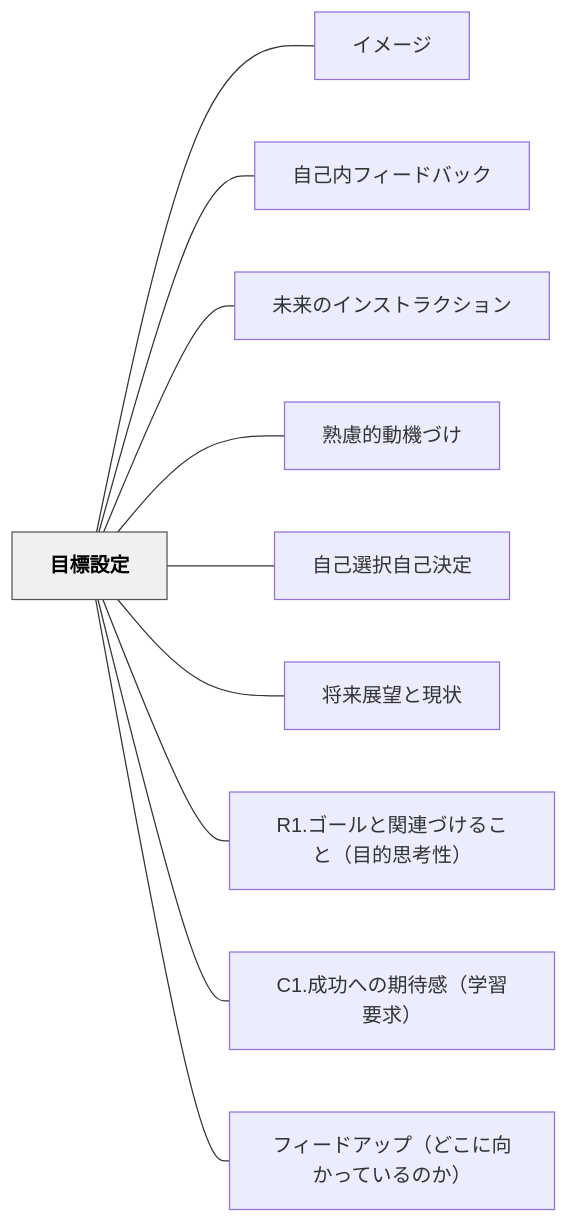
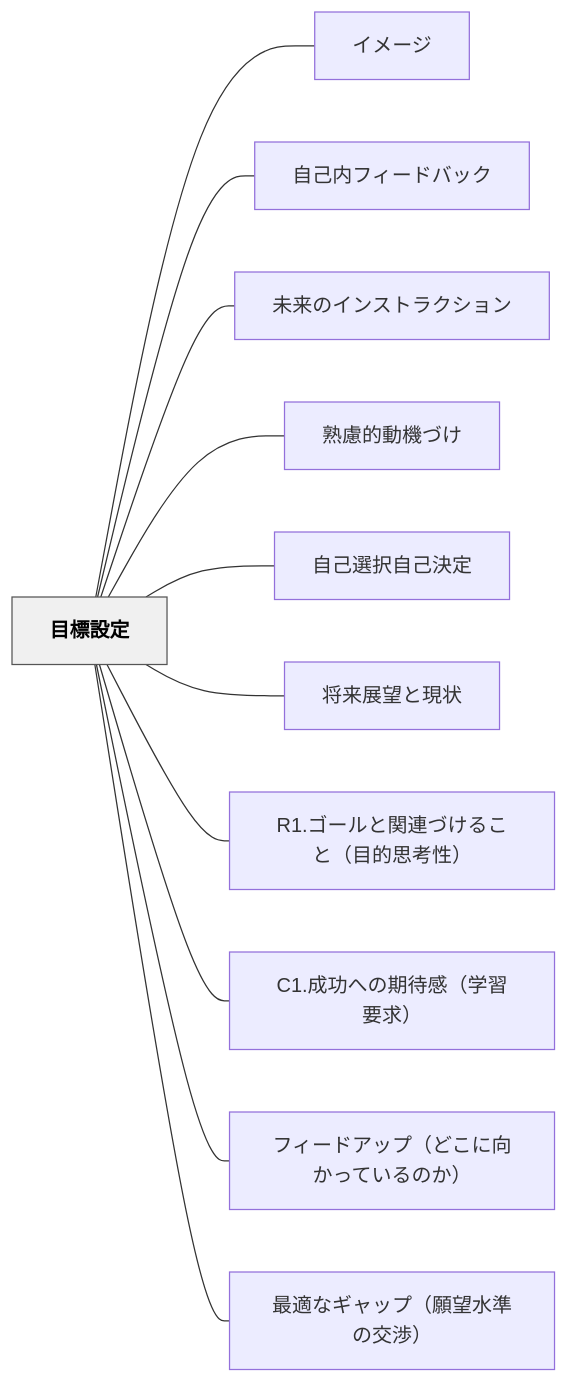
Before and after one commit to unknownthings-ed-patterns/unknownthings-ed-patterns: the diagram in content/パタン/目標設定.md, drawn with Mermaid. The commit also changed other lines of this file and 42 other files, not shown here.

````diff
--- a/content/パタン/目標設定.md
+++ b/content/パタン/目標設定.md
@@ -43,26 +43,28 @@
 ```mermaid
 flowchart LR
     ne79baee6a899e8a8ade5ae9a["目標設定"]
     ne382a4e383a1e383bce382b8["イメージ"]
     ne887aae5b7b1e58685e38395e382a3e383bce38389e38390e38383e382af["自己内フィードバック"]
     ne69caae69da5e381aee382a4e383b3e382b9e38388e383a9e382afe382b7e383a7e383b3["未来のインストラクション"]
     ne7869fe685aee79a84e58b95e6a99fe381a5e38191["熟慮的動機づけ"]
     ne887aae5b7b1e981b8e68a9ee887aae5b7b1e6b1bae5ae9a["自己選択自己決定"]
     ne5b086e69da5e5b195e69c9be381a8e78fbee78ab6["将来展望と現状"]
     n52312ee382b4e383bce383abe381a8e996a2e980a3e381a5e38191e3828be38193e381a8efbc88e79baee79a84e6809de88083e680a7efbc89["R1.ゴールと関連づけること（目的思考性）"]
     n43312ee68890e58a9fe381b8e381aee69c9fe5be85e6849fefbc88e5ada6e7bf92e8a681e6b182efbc89["C1.成功への期待感（学習要求）"]
     ne38395e382a3e383bce38389e382a2e38383e38397efbc88e381a9e38193e381abe59091e3818be381a3e381a6e38184e3828be381aee3818befbc89["フィードアップ（どこに向かっているのか）"]
+    ne69c80e981a9e381aae382aee383a3e38383e38397efbc88e9a198e69c9be6b0b4e6ba96e381aee4baa4e6b889efbc89["最適なギャップ（願望水準の交渉）"]
 
     ne79baee6a899e8a8ade5ae9a --- ne382a4e383a1e383bce382b8
     ne79baee6a899e8a8ade5ae9a --- ne887aae5b7b1e58685e38395e382a3e383bce38389e38390e38383e382af
     ne79baee6a899e8a8ade5ae9a --- ne69caae69da5e381aee382a4e383b3e382b9e38388e383a9e382afe382b7e383a7e383b3
     ne79baee6a899e8a8ade5ae9a --- ne7869fe685aee79a84e58b95e6a99fe381a5e38191
     ne79baee6a899e8a8ade5ae9a --- ne887aae5b7b1e981b8e68a9ee887aae5b7b1e6b1bae5ae9a
     ne79baee6a899e8a8ade5ae9a --- ne5b086e69da5e5b195e69c9be381a8e78fbee78ab6
     ne79baee6a899e8a8ade5ae9a --- n52312ee382b4e383bce383abe381a8e996a2e980a3e381a5e38191e3828be38193e381a8efbc88e79baee79a84e6809de88083e680a7efbc89
     ne79baee6a899e8a8ade5ae9a --- n43312ee68890e58a9fe381b8e381aee69c9fe5be85e6849fefbc88e5ada6e7bf92e8a681e6b182efbc89
     ne79baee6a899e8a8ade5ae9a --- ne38395e382a3e383bce38389e382a2e38383e38397efbc88e381a9e38193e381abe59091e3818be381a3e381a6e38184e3828be381aee3818befbc89
+    ne79baee6a899e8a8ade5ae9a --- ne69c80e981a9e381aae382aee383a3e38383e38397efbc88e9a198e69c9be6b0b4e6ba96e381aee4baa4e6b889efbc89
 
     classDef hub fill:#f0f0f0,stroke:#555,color:#000,font-weight:bold
     class ne79baee6a899e8a8ade5ae9a hub
 ```
````
